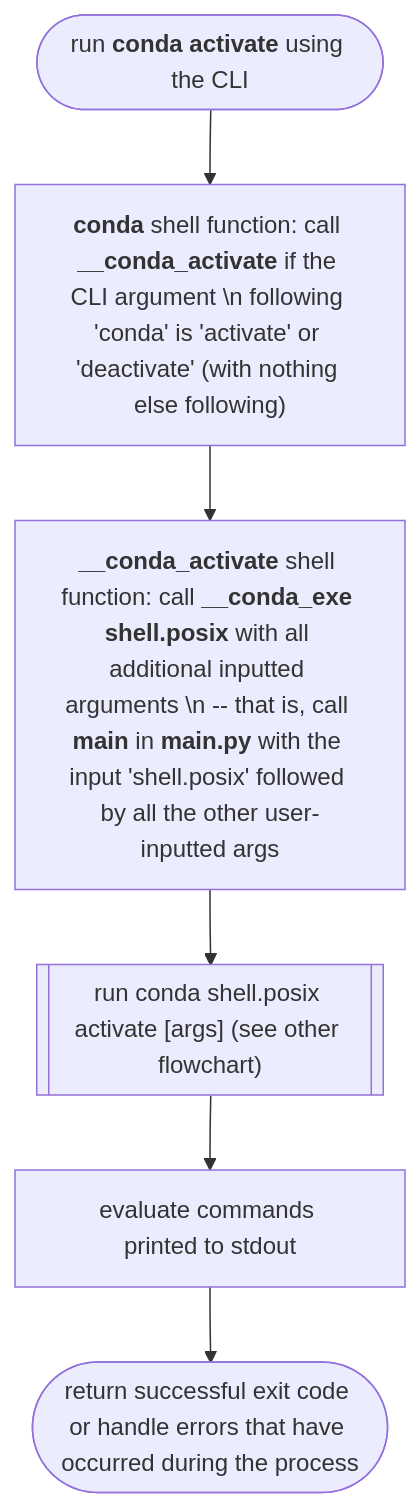
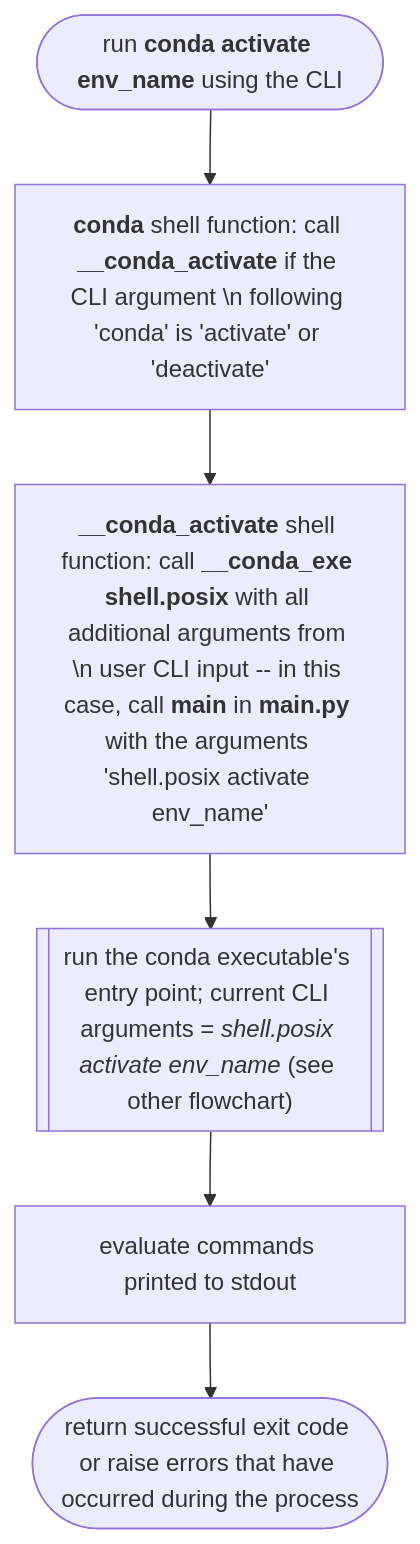
One commit to kalawac/conda changed the second of 2 diagrams in conda/shell/README.md. Above: the diagram before and after it, drawn with Mermaid. The commit also changed other lines of this file, not shown here.

Commit message:
update both charts with corrections

````diff
--- a/conda/shell/README.md
+++ b/conda/shell/README.md
@@ -154,21 +176,21 @@
 ```mermaid
 %%{init: {"flowchart": {"htmlLabels": false}} }%%
 flowchart TD
-	start(["`run **conda activate** using the CLI`"])
+	start(["`run **conda activate env_name** using the CLI`"])
 
-	m1["`**conda** shell function: call **__conda_activate** if the CLI argument \n following 'conda' is 'activate' or 'deactivate' (with nothing else following)`"]
+	m1["`**conda** shell function: call **__conda_activate** if the CLI argument \n following 'conda' is 'activate' or 'deactivate'`"]
 	
-	m2["`**__conda_activate** shell function: call **__conda_exe shell.posix** with all additional inputted arguments \n -- that is, call **main** in **main.py** with the input 'shell.posix' followed by all the other user-inputted args`"]
+	m2["`**__conda_activate** shell function: call **__conda_exe shell.posix** with all additional arguments from \n user CLI input -- in this case, call **main** in **main.py** with the arguments 'shell.posix activate env_name'`"]
 
-	m3[["`run conda shell.posix activate [args] (see other flowchart)`"]]
+	m3[["`run the conda executable's entry point; current CLI arguments = *shell.posix activate env_name* (see other flowchart)`"]]
 
 	m4["`evaluate commands printed to stdout`"]
 
-	End1(["`return successful exit code or handle errors that have occurred during the process`"])
+	End1(["`return successful exit code or raise errors that have occurred during the process`"])
 
 	start --> m1
 	m1 --> m2
 	m2 --> m3
 	m3 --> m4
 	m4 --> End1
 ```
````
